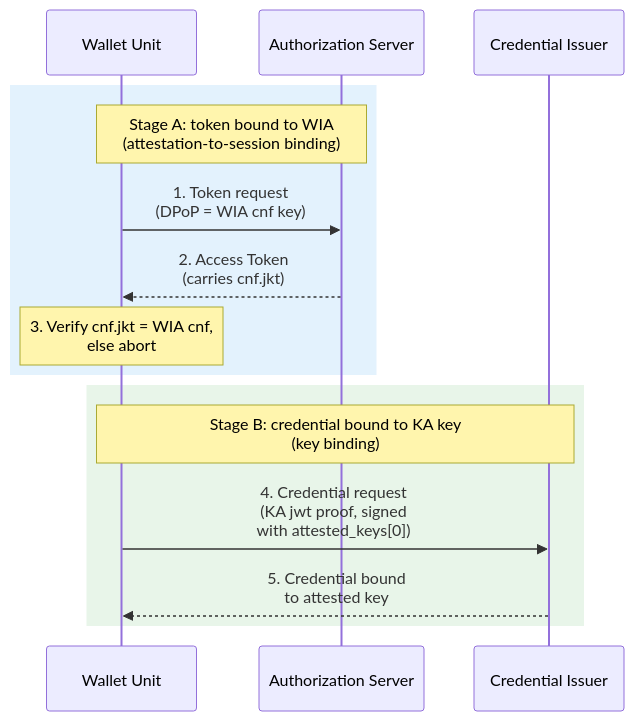
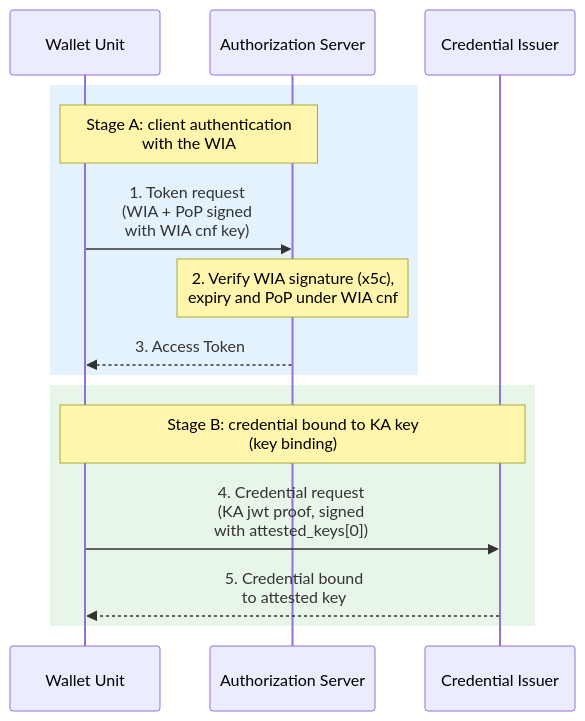
The first of 2 diagrams in docs/core/cs-04-wua-lifecycle.md (NXD-Foundation/nxd-wallet-conformance-backend), drawn with Mermaid before and after one commit. The commit also changed other lines of this file and 107 other files, not shown here.

````diff
--- a/docs/core/cs-04-wua-lifecycle.md
+++ b/docs/core/cs-04-wua-lifecycle.md
@@ -145,17 +145,17 @@
 ```mermaid
 sequenceDiagram
   participant WU as Wallet Unit
   participant AS as Authorization Server
   participant CI as Credential Issuer
   rect rgb(227, 242, 253)
-  Note over WU,AS: Stage A: token bound to WIA<br/>(attestation-to-session binding)
-  WU->>AS: 1. Token request<br/>(DPoP = WIA cnf key)
-  AS-->>WU: 2. Access Token<br/>(carries cnf.jkt)
-  Note over WU: 3. Verify cnf.jkt = WIA cnf,<br/>else abort
+  Note over WU,AS: Stage A: client authentication<br/>with the WIA
+  WU->>AS: 1. Token request<br/>(WIA + PoP signed<br/>with WIA cnf key)
+  Note over AS: 2. Verify WIA signature (x5c),<br/>expiry and PoP under WIA cnf
+  AS-->>WU: 3. Access Token
   end
   rect rgb(232, 245, 233)
   Note over WU,CI: Stage B: credential bound to KA key<br/>(key binding)
   WU->>CI: 4. Credential request<br/>(KA jwt proof, signed<br/>with attested_keys[0])
   CI-->>WU: 5. Credential bound<br/>to attested key
   end
 ```
````
